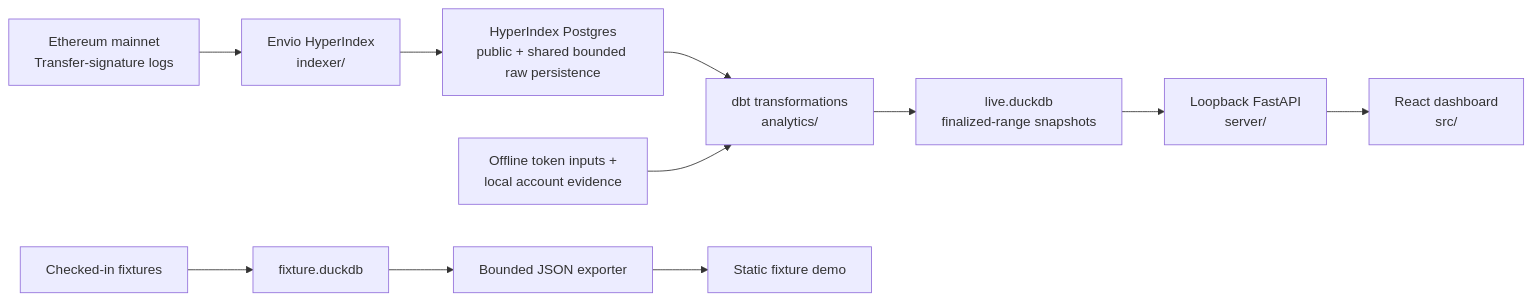
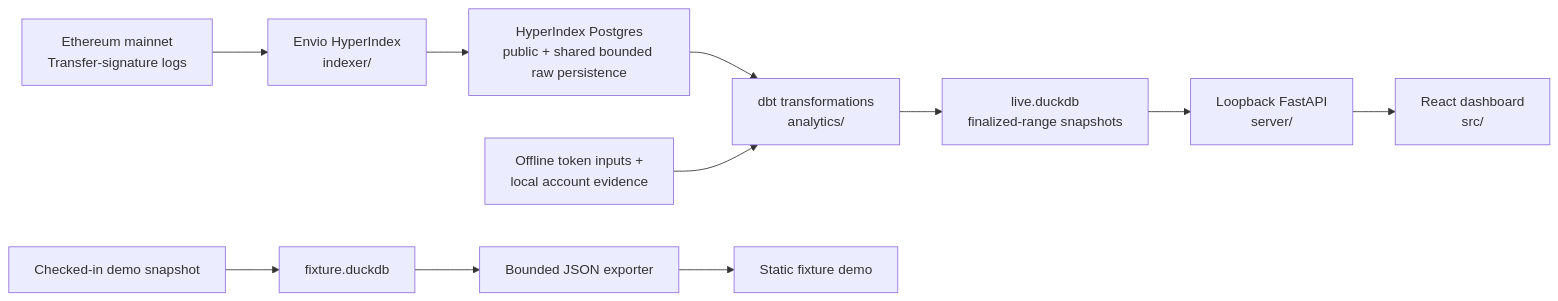
Before and after one commit to ubabe53/evm-wallet-search: the diagram in README.md, drawn with Mermaid. The commit also changed other lines of this file and 45 other files, not shown here.

Commit message:
feat(data): publish finalized Gitcoin demo snapshot (#64)

````diff
--- a/README.md
+++ b/README.md
@@ -105,14 +106,14 @@
 ```mermaid
 flowchart LR
     eth["Ethereum mainnet<br/>Transfer-signature logs"] --> indexer["Envio HyperIndex<br/>indexer/"]
     indexer --> postgres["HyperIndex Postgres<br/>public + shared bounded raw persistence"]
     postgres --> dbt["dbt transformations<br/>analytics/"]
     enrich["Offline token inputs +<br/>local account evidence"] --> dbt
     dbt --> live["live.duckdb<br/>finalized-range snapshots"]
     live --> api["Loopback FastAPI<br/>server/"]
     api --> dashboard["React dashboard<br/>src/"]
 
-    fixtures["Checked-in fixtures"] --> fixturedb["fixture.duckdb"]
+    fixtures["Checked-in demo snapshot"] --> fixturedb["fixture.duckdb"]
     fixturedb --> export["Bounded JSON exporter"]
     export --> static["Static fixture demo"]
 ```
````
